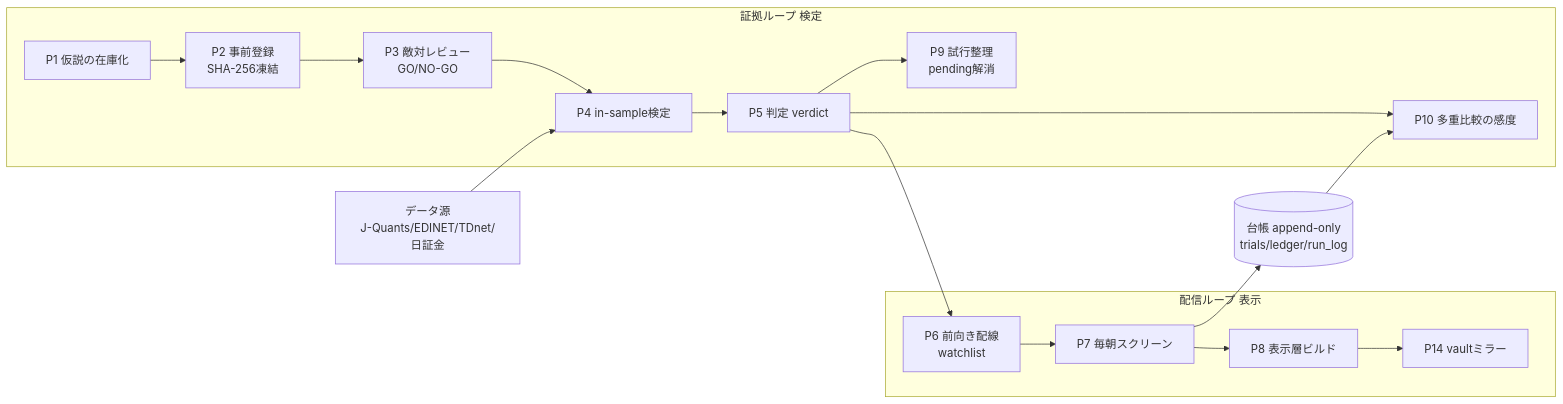
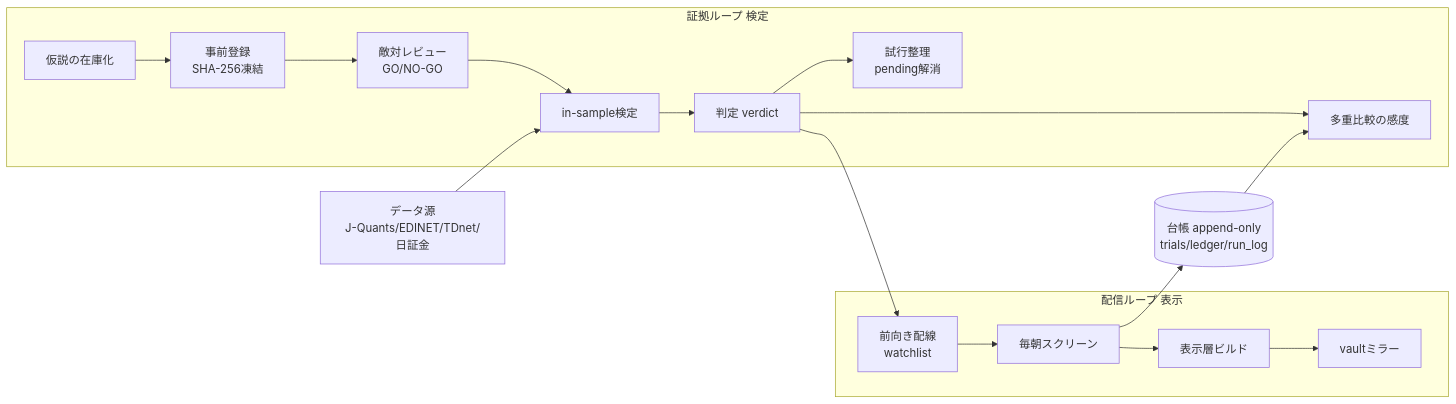
The diagram in influx-stock-algo-architecture.md (666666ma999999/influx), drawn with Mermaid before and after one commit. The commit also changed other lines of this file and 1 other file, not shown here.

First line of the commit message:
docs(architecture): 工程番号 P1〜P15 を廃止して名前で呼ぶ（監査 I-31・オーナー裁定「番号をやめて名前へ」）

````diff
--- a/influx-stock-algo-architecture.md
+++ b/influx-stock-algo-architecture.md
@@ -39,18 +39,18 @@
 ```mermaid
 flowchart LR
     subgraph EV[証拠ループ 検定]
-      P1[P1 仮説の在庫化] --> P2[P2 事前登録<br/>SHA-256凍結]
-      P2 --> P3[P3 敵対レビュー<br/>GO/NO-GO]
-      P3 --> P4[P4 in-sample検定]
-      P4 --> P5[P5 判定 verdict]
-      P5 --> P9[P9 試行整理<br/>pending解消]
-      P5 --> P10[P10 多重比較の感度]
+      P1[仮説の在庫化] --> P2[事前登録<br/>SHA-256凍結]
+      P2 --> P3[敵対レビュー<br/>GO/NO-GO]
+      P3 --> P4[in-sample検定]
+      P4 --> P5[判定 verdict]
+      P5 --> P9[試行整理<br/>pending解消]
+      P5 --> P10[多重比較の感度]
     end
     DS[データ源<br/>J-Quants/EDINET/TDnet/日証金] --> P4
-    P5 --> P6[P6 前向き配線<br/>watchlist]
+    P5 --> P6[前向き配線<br/>watchlist]
     subgraph DL[配信ループ 表示]
-      P6 --> P7[P7 毎朝スクリーン] --> P8[P8 表示層ビルド] --> P14[P14 vaultミラー]
+      P6 --> P7[毎朝スクリーン] --> P8[表示層ビルド] --> P14[vaultミラー]
     end
     P7 --> LG[(台帳 append-only<br/>trials/ledger/run_log)]
     LG --> P10
 ```
````
